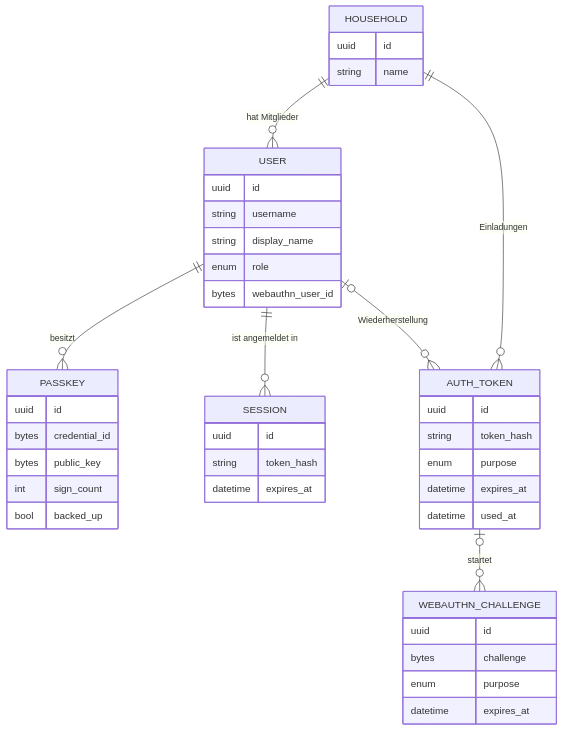
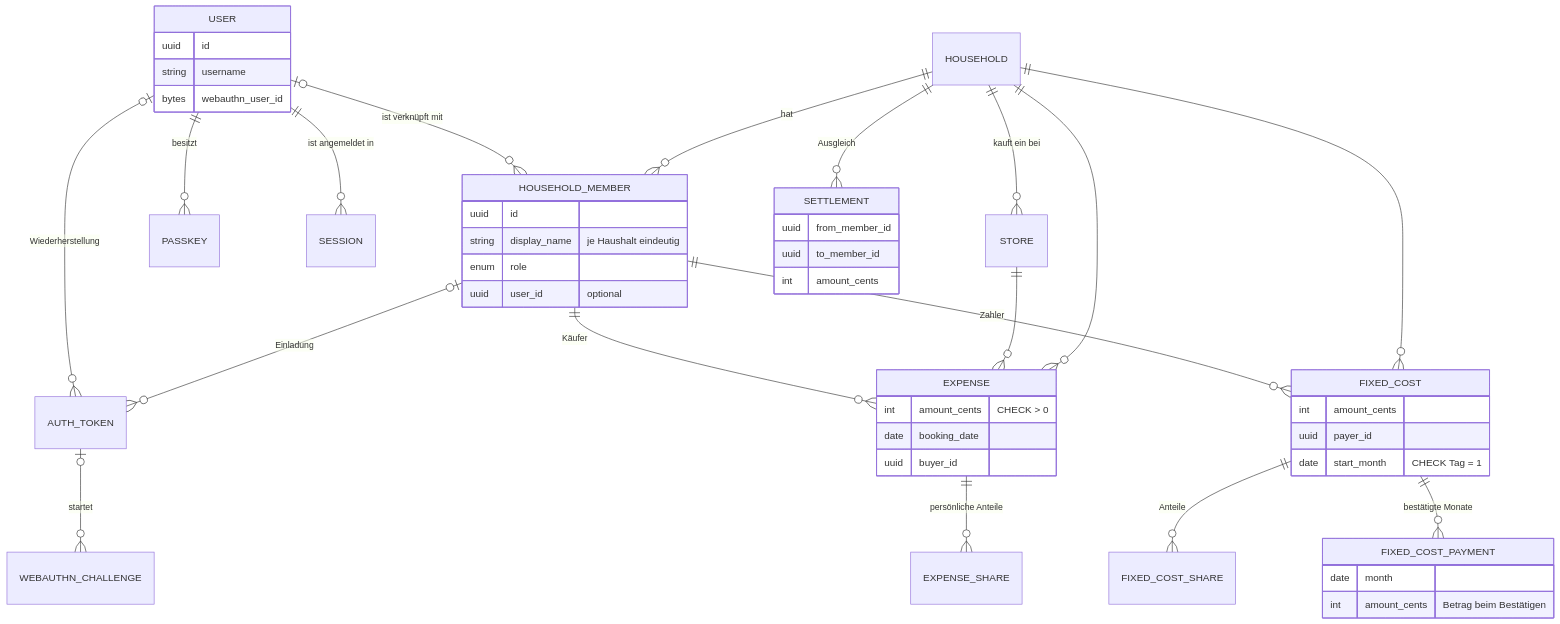
Before and after one commit to TobiasBittermann/domus-showcase: the second of 2 diagrams in docs/architektur.md, drawn with Mermaid. The commit also changed other lines of this file and 28 other files, not shown here.

````diff
--- a/docs/architektur.md
+++ b/docs/architektur.md
@@ -53,46 +69,52 @@
 ```mermaid
 erDiagram
-    HOUSEHOLD ||--o{ USER : "hat Mitglieder"
+    HOUSEHOLD ||--o{ HOUSEHOLD_MEMBER : "hat"
+    USER |o--o{ HOUSEHOLD_MEMBER : "ist verknüpft mit"
     USER ||--o{ PASSKEY : "besitzt"
     USER ||--o{ SESSION : "ist angemeldet in"
-    HOUSEHOLD ||--o{ AUTH_TOKEN : "Einladungen"
+    HOUSEHOLD_MEMBER |o--o{ AUTH_TOKEN : "Einladung"
     USER |o--o{ AUTH_TOKEN : "Wiederherstellung"
     AUTH_TOKEN |o--o{ WEBAUTHN_CHALLENGE : "startet"
 
-    HOUSEHOLD {
+    HOUSEHOLD ||--o{ STORE : "kauft ein bei"
+    HOUSEHOLD ||--o{ EXPENSE : ""
+    STORE ||--o{ EXPENSE : ""
+    HOUSEHOLD_MEMBER ||--o{ EXPENSE : "Käufer"
+    EXPENSE ||--o{ EXPENSE_SHARE : "persönliche Anteile"
+    HOUSEHOLD ||--o{ SETTLEMENT : "Ausgleich"
+    HOUSEHOLD ||--o{ FIXED_COST : ""
+    HOUSEHOLD_MEMBER ||--o{ FIXED_COST : "Zahler"
+    FIXED_COST ||--o{ FIXED_COST_SHARE : "Anteile"
+    FIXED_COST ||--o{ FIXED_COST_PAYMENT : "bestätigte Monate"
+
+    HOUSEHOLD_MEMBER {
         uuid id
-        string name
+        string display_name "je Haushalt eindeutig"
+        enum role
+        uuid user_id "optional"
     }
     USER {
         uuid id
         string username
-        string display_name
-        enum role
         bytes webauthn_user_id
     }
-    PASSKEY {
-        uuid id
-        bytes credential_id
-        bytes public_key
-        int sign_count
-        bool backed_up
+    EXPENSE {
+        int amount_cents "CHECK > 0"
+        date booking_date
+        uuid buyer_id
     }
-    SESSION {
-        uuid id
-        string token_hash
-        datetime expires_at
+    SETTLEMENT {
+        uuid from_member_id
+        uuid to_member_id
+        int amount_cents
     }
-    AUTH_TOKEN {
-        uuid id
-        string token_hash
-        enum purpose
-        datetime expires_at
-        datetime used_at
+    FIXED_COST {
+        int amount_cents
+        uuid payer_id
+        date start_month "CHECK Tag = 1"
     }
-    WEBAUTHN_CHALLENGE {
-        uuid id
-        bytes challenge
-        enum purpose
-        datetime expires_at
+    FIXED_COST_PAYMENT {
+        date month
+        int amount_cents "Betrag beim Bestätigen"
     }
 ```
````
